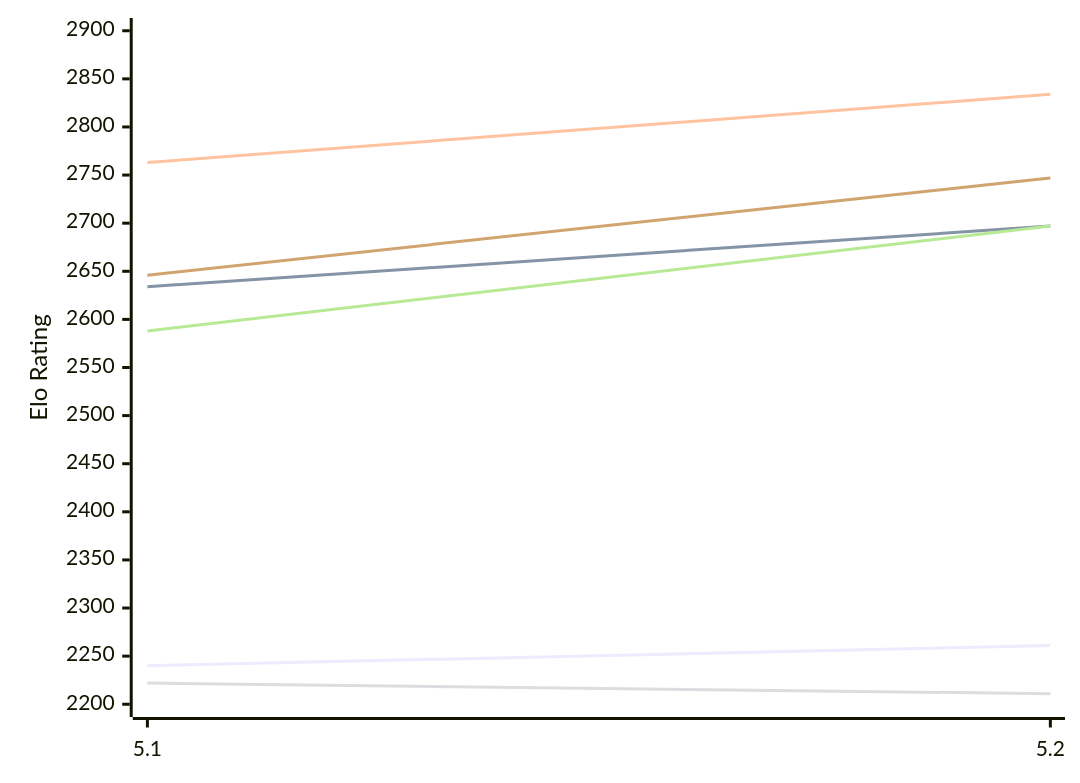
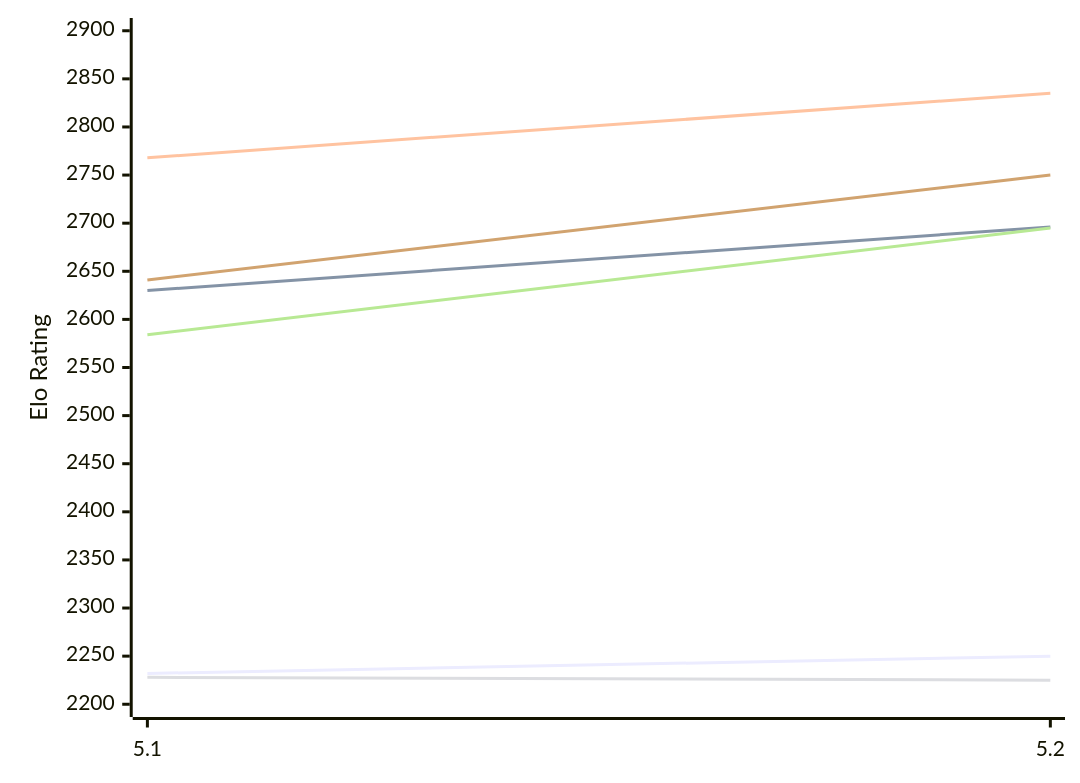
Before and after one commit to computer-chess-index/cci: the first of 2 diagrams in engines/Dorky.md, drawn with Mermaid. The commit also changed other lines of this file, not shown here.

Commit message:
Update CCI Ratings (ELO VLTC) - 2026-11-15

````diff
--- a/engines/Dorky.md
+++ b/engines/Dorky.md
@@ -50,12 +50,12 @@
 ```mermaid
 %%{init: {"theme":"base","themeVariables":{"seriesColors:['#a3a3a3','#222221','#faa371']}}}%%
 xychart-beta
   x-axis ["5.1", "5.2"]
   y-axis "Elo Rating" 2200 --> 2900
-  line "E1: STC (8.0+0.08s)" [2240, 2261]
-  line "E1: LTC (60.0+0.60s)" [2634, 2697]
-  line "E1: VLTC (2m24s+1.12s)" [2763, 2834]
-  line "P1: STC (8.0+0.08s)" [2222, 2211]
-  line "P1: LTC (60.0+0.60s)" [2588, 2697]
-  line "P1: VLTC (2m24s+1.12s)" [2646, 2747]
+  line "E1: STC (8.0+0.08s)" [2232, 2250]
+  line "E1: LTC (60.0+0.60s)" [2630, 2696]
+  line "E1: VLTC (2m24s+1.12s)" [2768, 2835]
+  line "P1: STC (8.0+0.08s)" [2228, 2225]
+  line "P1: LTC (60.0+0.60s)" [2584, 2695]
+  line "P1: VLTC (2m24s+1.12s)" [2641, 2750]
 ```
````
